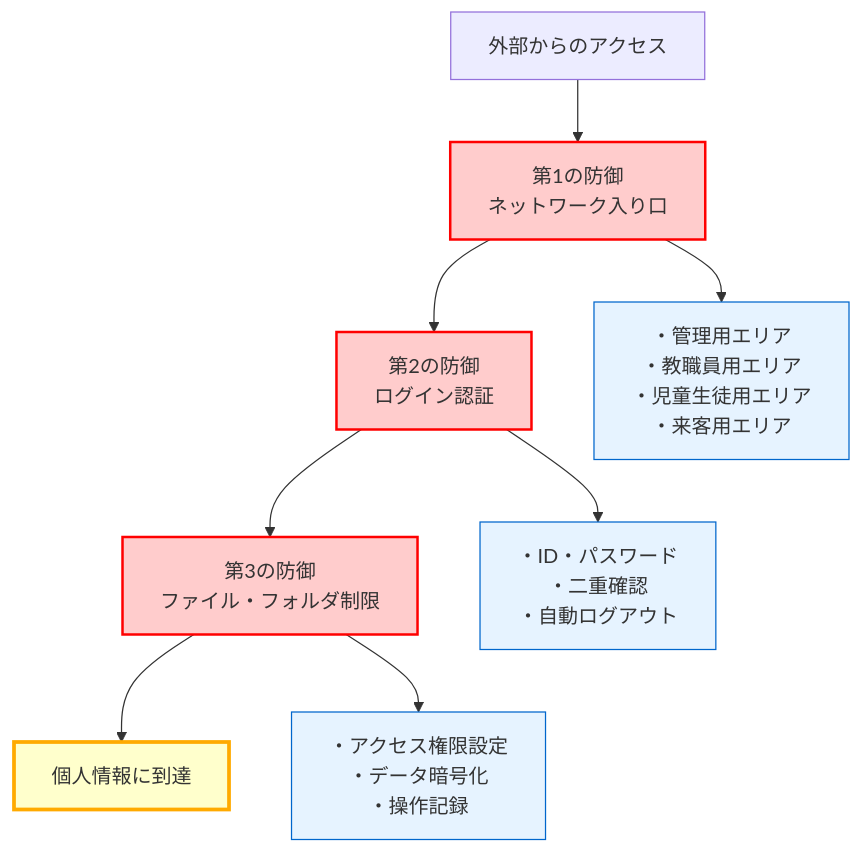
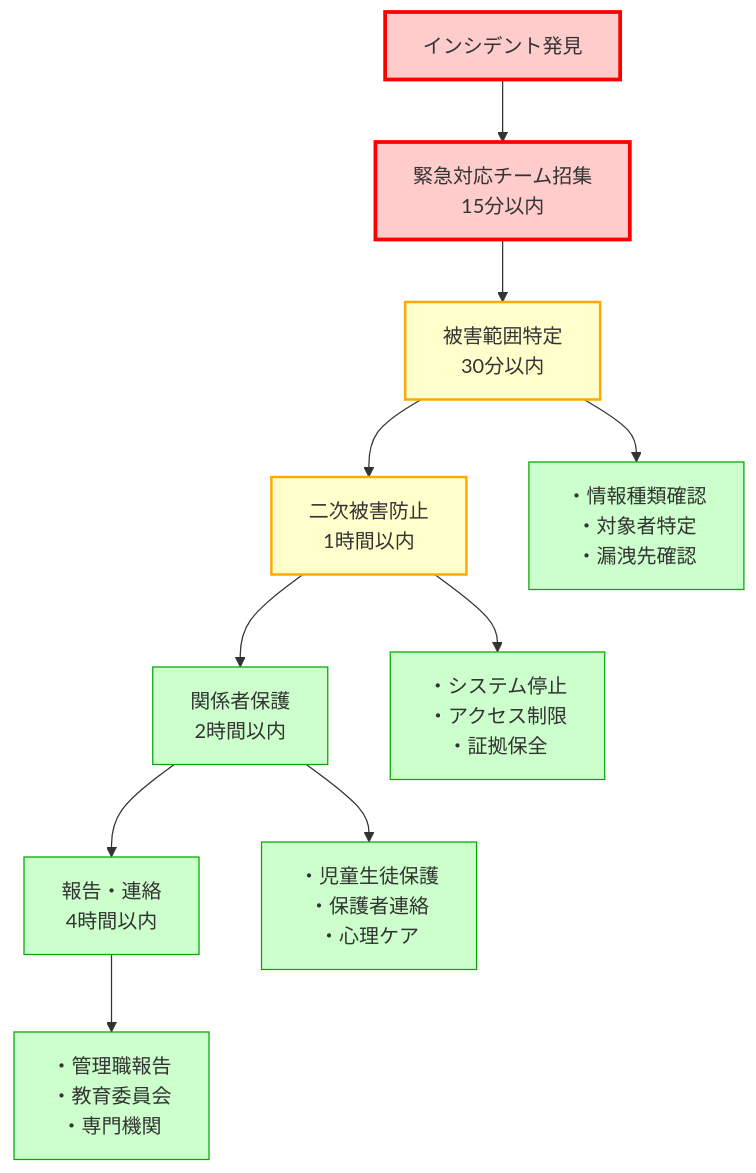
Before and after one commit to nahisaho/zenn-writing-collection: the diagram in books/d87165478af519/chapter08.md, drawn with Mermaid. The commit also changed other lines of this file and 17 other files, not shown here.

````diff
--- a/books/d87165478af519/chapter08.md
+++ b/books/d87165478af519/chapter08.md
@@ -160,19 +623,22 @@
 ```mermaid
-graph TB
-    A[外部からのアクセス] --> B[第1の防御<br/>ネットワーク入り口]
-    B --> C[第2の防御<br/>ログイン認証]
-    C --> D[第3の防御<br/>ファイル・フォルダ制限]
-    D --> E[個人情報に到達]
+graph TD
+    A[インシデント発見] --> B[緊急対応チーム招集<br/>15分以内]
+    B --> C[被害範囲特定<br/>30分以内]
+    C --> D[二次被害防止<br/>1時間以内]
+    D --> E[関係者保護<br/>2時間以内]
+    E --> F[報告・連絡<br/>4時間以内]
     
-    B --> B1[・管理用エリア<br/>・教職員用エリア<br/>・児童生徒用エリア<br/>・来客用エリア]
-    C --> C1[・ID・パスワード<br/>・二重確認<br/>・自動ログアウト]
-    D --> D1[・アクセス権限設定<br/>・データ暗号化<br/>・操作記録]
+    C --> C1[・情報種類確認<br/>・対象者特定<br/>・漏洩先確認]
+    D --> D1[・システム停止<br/>・アクセス制限<br/>・証拠保全]
+    E --> E1[・児童生徒保護<br/>・保護者連絡<br/>・心理ケア]
+    F --> F1[・管理職報告<br/>・教育委員会<br/>・専門機関]
     
-    classDef defense fill:#ffcccc,stroke:#ff0000,stroke-width:2px
-    classDef detail fill:#e6f3ff,stroke:#0066cc,stroke-width:1px
-    classDef target fill:#ffffcc,stroke:#ffaa00,stroke-width:3px
+    classDef urgent fill:#ffcccc,stroke:#ff0000,stroke-width:3px
+    classDef important fill:#ffffcc,stroke:#ffaa00,stroke-width:2px
+    classDef action fill:#ccffcc,stroke:#00aa00,stroke-width:1px
     
-    class B,C,D defense
-    class B1,C1,D1 detail
-    class E target
+    class A,B urgent
+    class C,D important
+    class E,F action
+    class C1,D1,E1,F1 action
 ```
````
